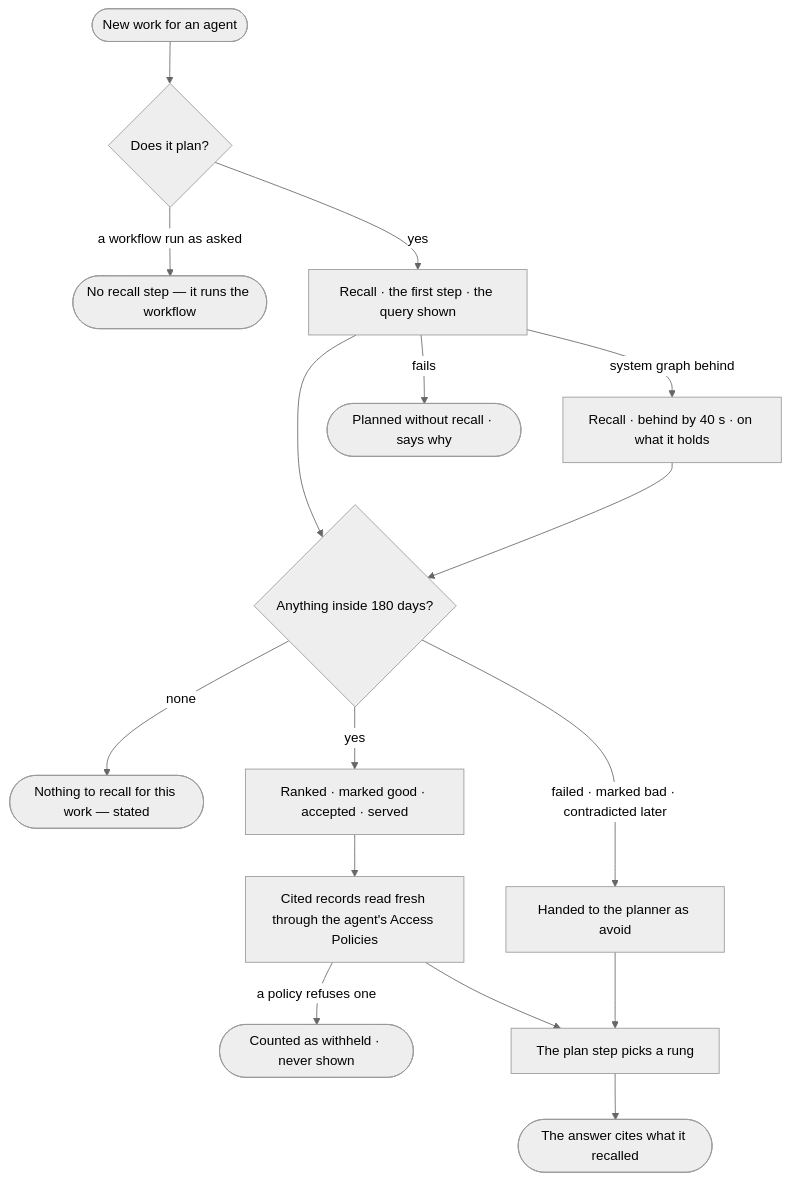
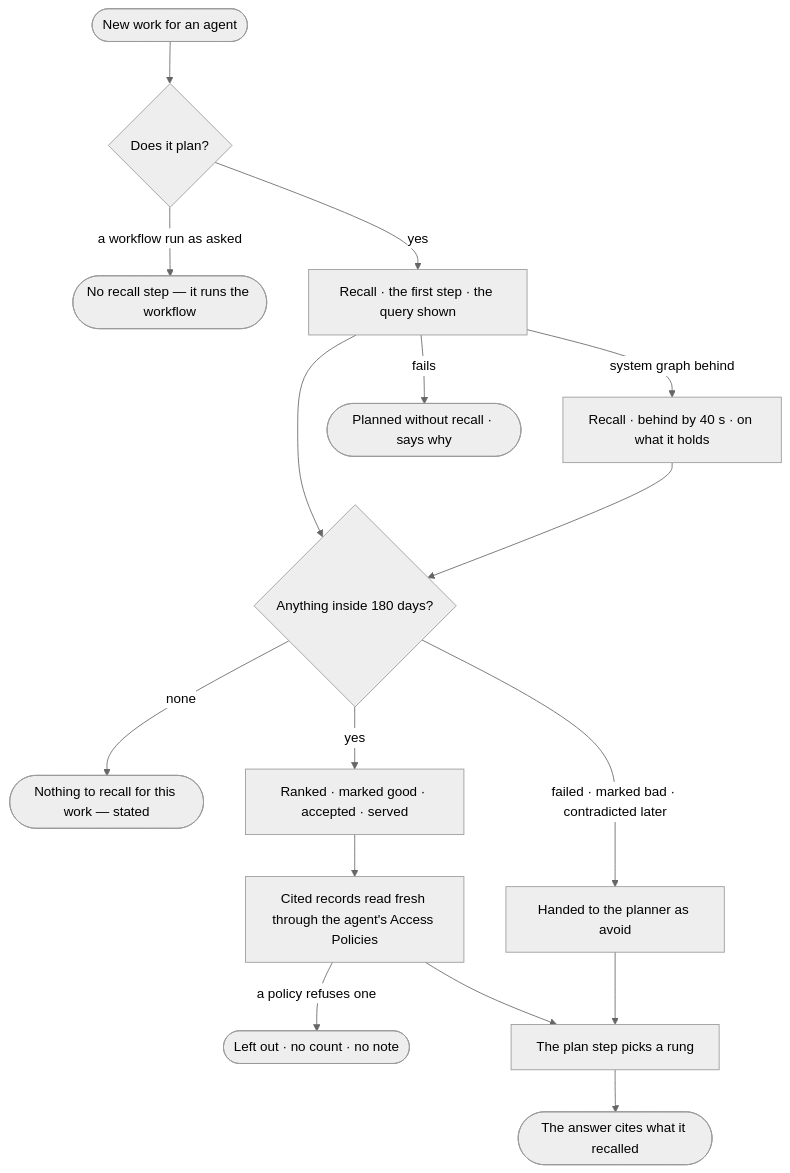
One commit to invana/invana changed the diagram in specs/capabilities/agents/features/AG-F09-learn-from-memory/stories/AG-50-the-next-run-builds-on-the-last/story.md. Above: the diagram before and after it, drawn with Mermaid (neutral theme). The commit also changed other lines of this file and 69 other files, not shown here.

````diff
--- a/specs/capabilities/agents/features/AG-F09-learn-from-memory/stories/AG-50-the-next-run-builds-on-the-last/story.md
+++ b/specs/capabilities/agents/features/AG-F09-learn-from-memory/stories/AG-50-the-next-run-builds-on-the-last/story.md
@@ -27,18 +27,18 @@
 ```mermaid
 flowchart TD
   a([New work for an agent]) --> p{Does it plan?}
   p -->|a workflow run as asked| plain(["No recall step — it runs the workflow"])
   p -->|yes| st["Recall · the first step · the query shown"]
   st -->|system graph behind| bh["Recall · behind by 40 s · on what it holds"]
   st --> r{Anything inside 180 days?}
   bh --> r
   r -->|none| n(["Nothing to recall for this work — stated"])
   r -->|yes| rk["Ranked · marked good · accepted · served"]
   r -->|failed · marked bad · contradicted later| av["Handed to the planner as avoid"]
   rk --> fr["Cited records read fresh through the agent's Access Policies"]
-  fr -->|a policy refuses one| wd(["Counted as withheld · never shown"])
+  fr -->|a policy refuses one| wd(["Left out · no count · no note"])
   fr --> pl["The plan step picks a rung"]
   av --> pl
   pl --> ans(["The answer cites what it recalled"])
   st -->|fails| pf(["Planned without recall · says why"])
 ```
````
